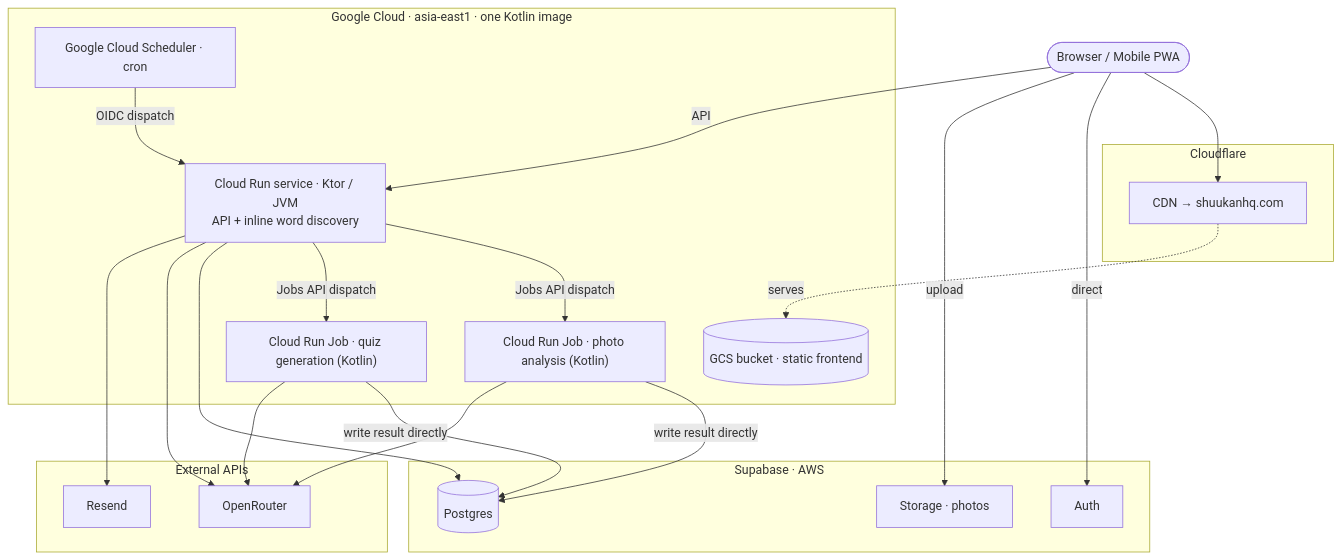
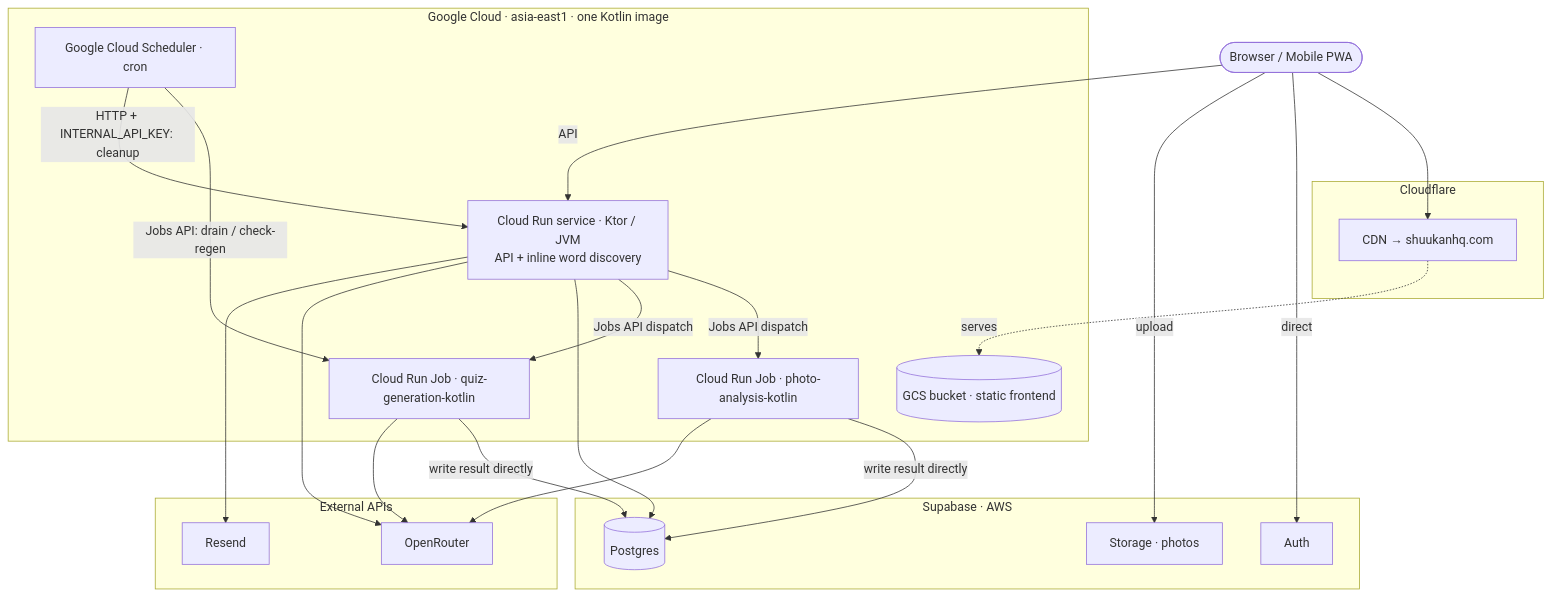
Before and after one commit to iahsanujunda/kanji-masta: the second of 3 diagrams in docs/infra-migration.md, drawn with Mermaid. The commit also changed other lines of this file and 68 other files, not shown here.

````diff
--- a/docs/infra-migration.md
+++ b/docs/infra-migration.md
@@ -165,38 +177,39 @@
 ```mermaid
 flowchart TB
   Browser([Browser / Mobile PWA])
   subgraph CF[Cloudflare]
     CDN["CDN → shuukanhq.com"]
   end
   subgraph GCP["Google Cloud · asia-east1 · one Kotlin image"]
     GCS[("GCS bucket · static frontend")]
     BE["Cloud Run service · Ktor / JVM<br/>API + inline word discovery"]
-    PJOB["Cloud Run Job · photo analysis (Kotlin)"]
-    QJOB["Cloud Run Job · quiz generation (Kotlin)"]
+    PJOB["Cloud Run Job · photo-analysis-kotlin"]
+    QJOB["Cloud Run Job · quiz-generation-kotlin"]
     SCH["Google Cloud Scheduler · cron"]
   end
   subgraph SB["Supabase · AWS"]
     PG[("Postgres")]
     AUTH["Auth"]
     ST["Storage · photos"]
   end
   subgraph EXT["External APIs"]
     AI["OpenRouter"]
     RS["Resend"]
   end
   Browser --> CDN
   CDN -. serves .-> GCS
   Browser -->|API| BE
   Browser -->|direct| AUTH
   Browser -->|upload| ST
   BE -->|Jobs API dispatch| PJOB
   BE -->|Jobs API dispatch| QJOB
-  SCH -->|OIDC dispatch| BE
+  SCH -->|Jobs API: drain / check-regen| QJOB
+  SCH -->|HTTP + INTERNAL_API_KEY: cleanup| BE
   BE --> PG
   PJOB -->|write result directly| PG
   QJOB -->|write result directly| PG
   BE --> AI
   PJOB --> AI
   QJOB --> AI
   BE --> RS
 ```
````
